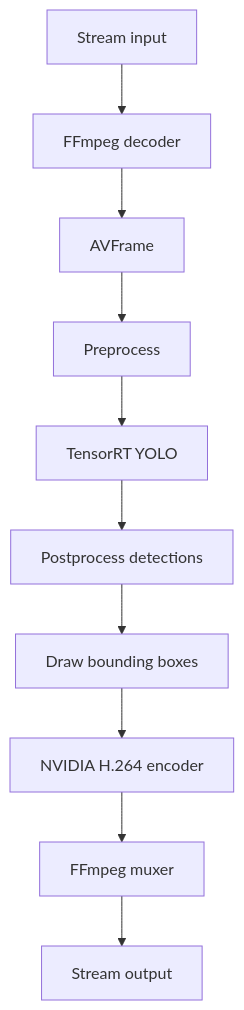
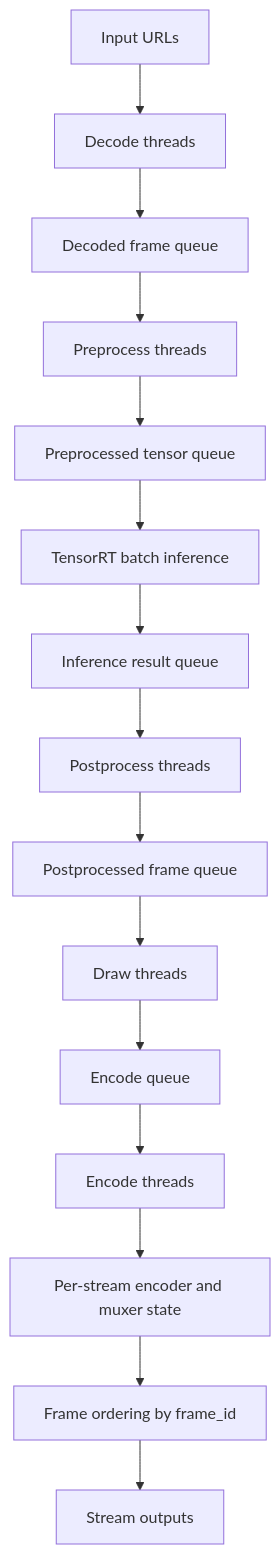
The diagram in README.md (zraisan/argus), drawn with Mermaid before and after one commit. The commit also changed other lines of this file and 1 other file, not shown here.

Commit message:
fix: Changed the thread count for decoder stage from stream numbers to 30% of max threads

````diff
--- a/README.md
+++ b/README.md
@@ -47,12 +47,17 @@
 ```mermaid
 flowchart TD
-    input[Stream input] --> decoder[FFmpeg decoder]
-    decoder --> frame[AVFrame]
-    frame --> preprocess[Preprocess]
-    preprocess --> trt[TensorRT YOLO]
-    trt --> postprocess[Postprocess detections]
-    postprocess --> draw[Draw bounding boxes]
-    draw --> encoder[NVIDIA H.264 encoder]
-    encoder --> server[FFmpeg muxer]
-    server --> output[Stream output]
+    input[Input URLs] --> decode[Decode threads]
+    decode --> decoded_q[Decoded frame queue]
+    decoded_q --> preprocess[Preprocess threads]
+    preprocess --> tensor_q[Preprocessed tensor queue]
+    tensor_q --> infer[TensorRT batch inference]
+    infer --> result_q[Inference result queue]
+    result_q --> postprocess[Postprocess threads]
+    postprocess --> post_q[Postprocessed frame queue]
+    post_q --> draw[Draw threads]
+    draw --> encode_q[Encode queue]
+    encode_q --> encode[Encode threads]
+    encode --> state[Per-stream encoder and muxer state]
+    state --> order[Frame ordering by frame_id]
+    order --> output[Stream outputs]
 ```
````
